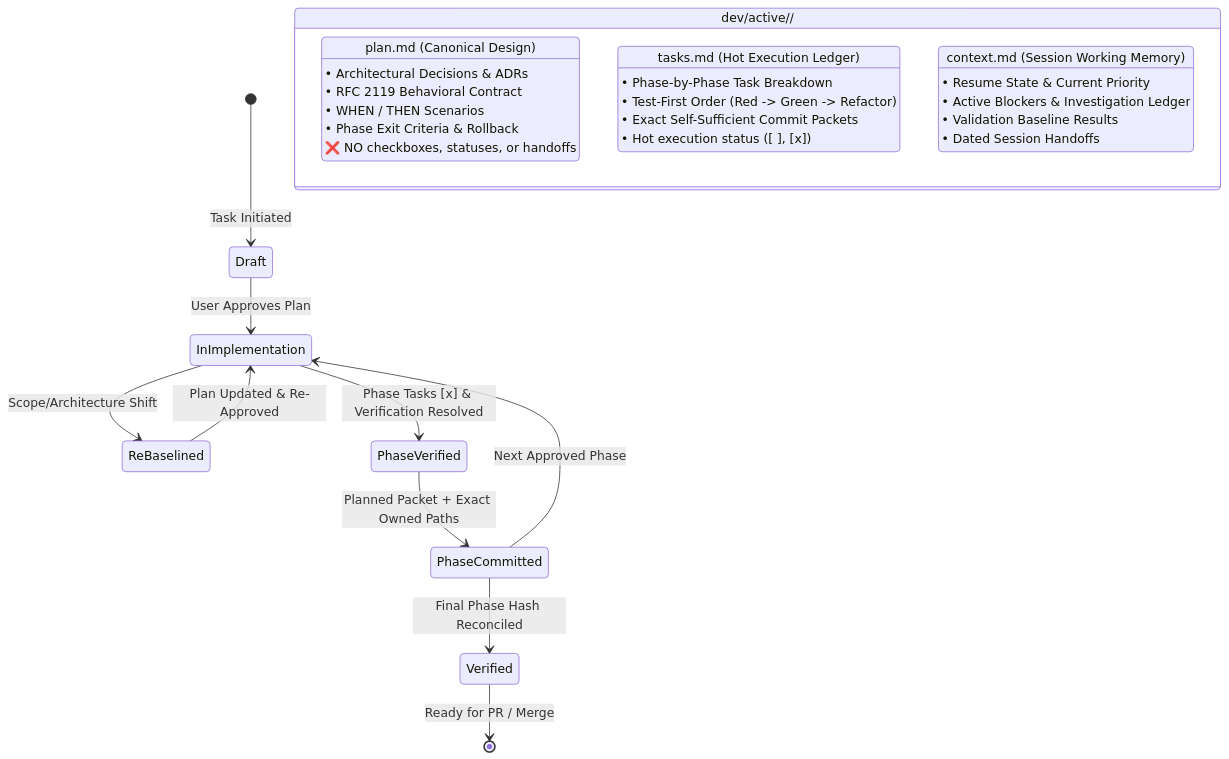
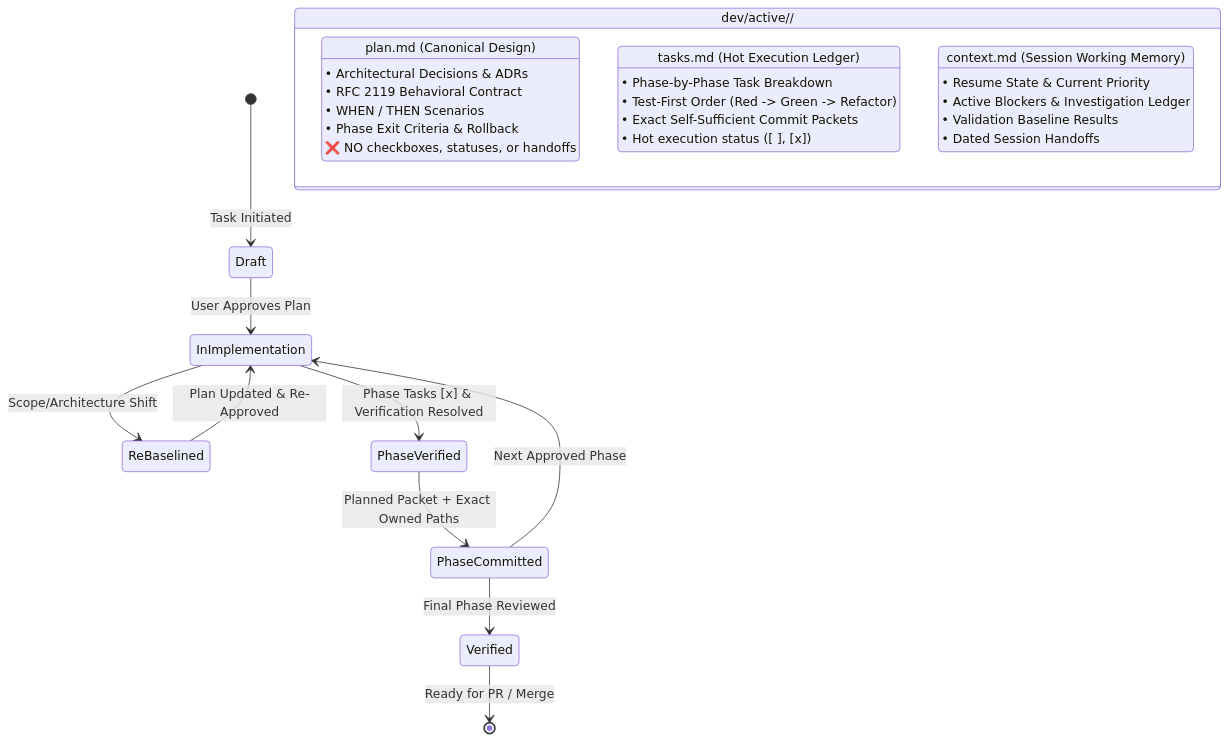
Before and after one commit to islamu-ngo/Explore: the fifth of 8 diagrams in docs/AGENTIC_CONTEXT_ENGINEERING.md, drawn with Mermaid. The commit also changed other lines of this file and 27 other files, not shown here.

First line of the commit message:
refactor(architecture): replace workflow control plane with lightweight guard

````diff
--- a/docs/AGENTIC_CONTEXT_ENGINEERING.md
+++ b/docs/AGENTIC_CONTEXT_ENGINEERING.md
@@ -226,35 +226,35 @@
 ```mermaid
 stateDiagram-v2
     [*] --> Draft: Task Initiated
 
     state "dev/active/<task>/" as ActiveWorkstream {
         state "plan.md (Canonical Design)" as PlanDoc
         state "tasks.md (Hot Execution Ledger)" as TasksDoc
         state "context.md (Session Working Memory)" as ContextDoc
         
         PlanDoc: • Architectural Decisions & ADRs
         PlanDoc: • RFC 2119 Behavioral Contract
         PlanDoc: • WHEN / THEN Scenarios
         PlanDoc: • Phase Exit Criteria & Rollback
         PlanDoc: ❌ NO checkboxes, statuses, or handoffs
         
         TasksDoc: • Phase-by-Phase Task Breakdown
         TasksDoc: • Test-First Order (Red -> Green -> Refactor)
         TasksDoc: • Exact Self-Sufficient Commit Packets
         TasksDoc: • Hot execution status ([ ], [x])
         
         ContextDoc: • Resume State & Current Priority
         ContextDoc: • Active Blockers & Investigation Ledger
         ContextDoc: • Validation Baseline Results
         ContextDoc: • Dated Session Handoffs
     }
 
     Draft --> InImplementation: User Approves Plan
     InImplementation --> ReBaselined: Scope/Architecture Shift
     ReBaselined --> InImplementation: Plan Updated & Re-Approved
     InImplementation --> PhaseVerified: Phase Tasks [x] & Verification Resolved
     PhaseVerified --> PhaseCommitted: Planned Packet + Exact Owned Paths
     PhaseCommitted --> InImplementation: Next Approved Phase
-    PhaseCommitted --> Verified: Final Phase Hash Reconciled
+    PhaseCommitted --> Verified: Final Phase Reviewed
     Verified --> [*]: Ready for PR / Merge
 ```
````
